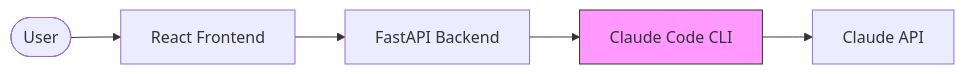
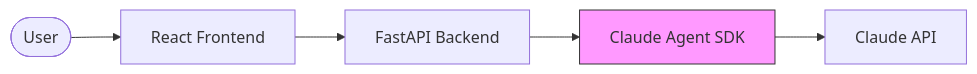
The first of 2 diagrams in README.md (zhu1090093659/solo-agent-agile-template), drawn with Mermaid before and after one commit. The commit also changed other lines of this file and 18 other files, not shown here.

Commit message:
Add documentation for the Python Agent SDK, including installation instructions, usage examples, and detailed API reference. Update existing files to reflect the transition from Claude Code CLI to Claude Agent SDK, ensuring clarity in architecture and setup processes.

````diff
--- a/README.md
+++ b/README.md
@@ -9,9 +9,9 @@
 ```mermaid
 flowchart LR
     User([User]) --> Frontend[React Frontend]
     Frontend --> Backend[FastAPI Backend]
-    Backend --> CC[Claude Code CLI]
-    CC --> Claude[Claude API]
+    Backend --> SDK[Claude Agent SDK]
+    SDK --> Claude[Claude API]
     
-    style CC fill:#f9f,stroke:#333
+    style SDK fill:#f9f,stroke:#333
 ```
````
